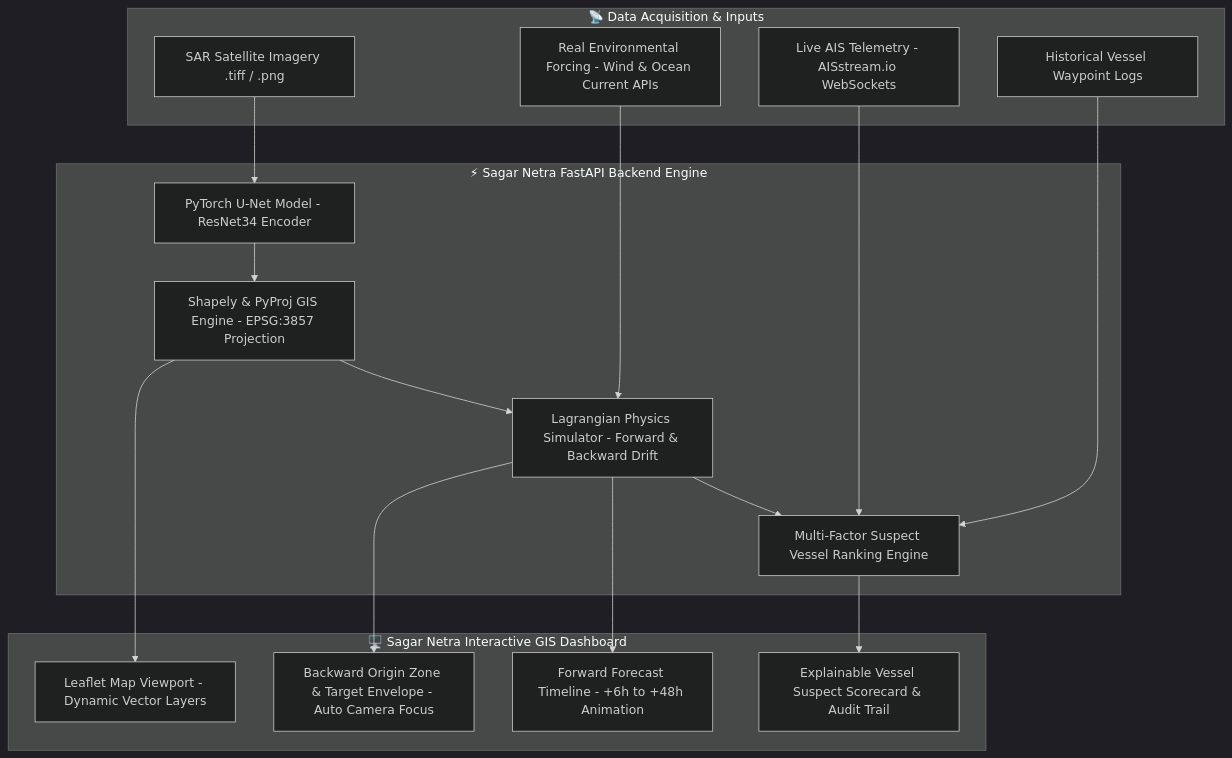
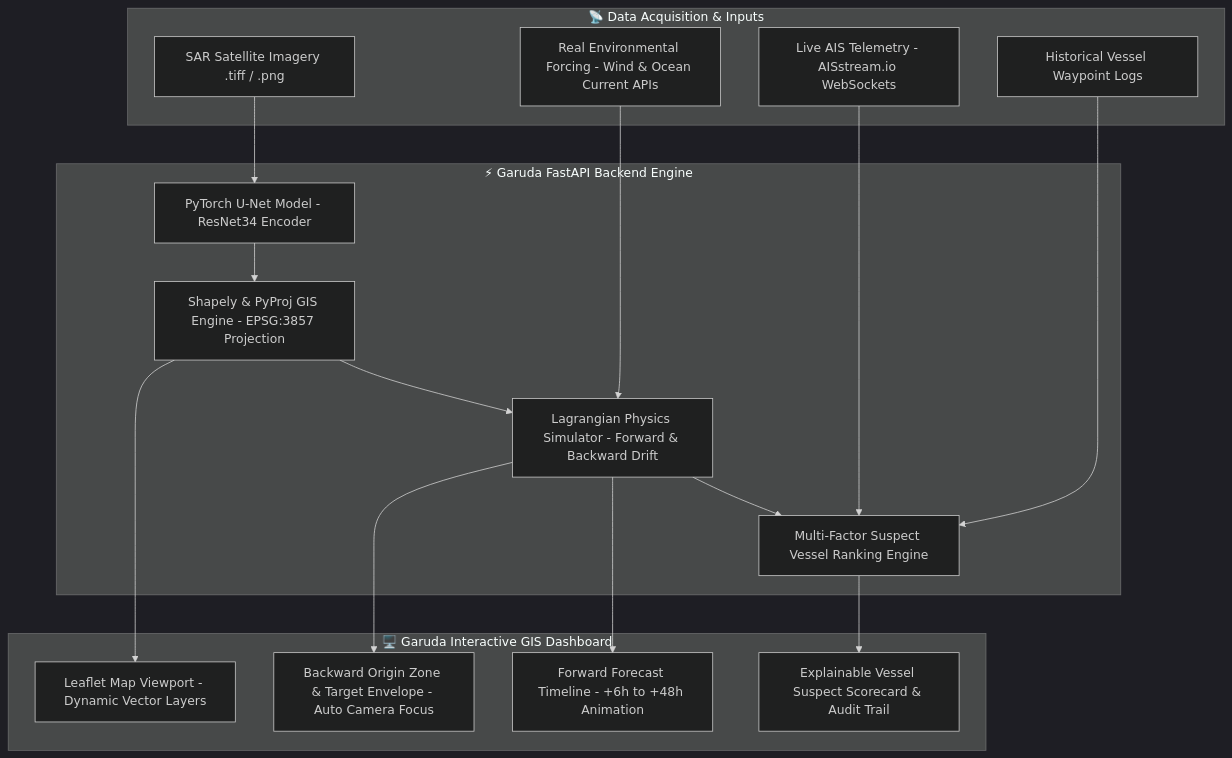
One commit to basic30/Garuda changed the first of 4 diagrams in README.md. Above: the diagram before and after it, drawn with Mermaid (dark theme). The commit also changed other lines of this file, not shown here.

Commit message:
Rename project from Sagar Netra to Garuda

````diff
--- a/README.md
+++ b/README.md
@@ -46,39 +46,39 @@
 ```mermaid
 graph TD
     %% Input Sources
     subgraph Inputs ["📡 Data Acquisition & Inputs"]
         A[SAR Satellite Imagery .tiff / .png]
         B[Real Environmental Forcing - Wind & Ocean Current APIs]
         C[Live AIS Telemetry - AISstream.io WebSockets]
         D[Historical Vessel Waypoint Logs]
     end
 
     %% Processing Core
-    subgraph Backend ["⚡ Sagar Netra FastAPI Backend Engine"]
+    subgraph Backend ["⚡ Garuda FastAPI Backend Engine"]
         E[PyTorch U-Net Model - ResNet34 Encoder]
         F[Shapely & PyProj GIS Engine - EPSG:3857 Projection]
         G[Lagrangian Physics Simulator - Forward & Backward Drift]
         H[Multi-Factor Suspect Vessel Ranking Engine]
     end
 
     %% Outputs & UI
-    subgraph Frontend ["🖥️ Sagar Netra Interactive GIS Dashboard"]
+    subgraph Frontend ["🖥️ Garuda Interactive GIS Dashboard"]
         I[Leaflet Map Viewport - Dynamic Vector Layers]
         J[Backward Origin Zone & Target Envelope - Auto Camera Focus]
         K[Forward Forecast Timeline - +6h to +48h Animation]
         L[Explainable Vessel Suspect Scorecard & Audit Trail]
     end
 
     %% Pipeline Connections
     A --> E
     E --> F
     F --> G
     B --> G
     G --> H
     C --> H
     D --> H
     F --> I
     G --> K
     G --> J
     H --> L
 ```
````
